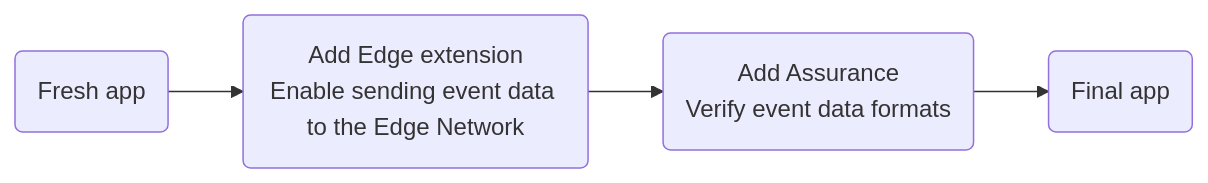
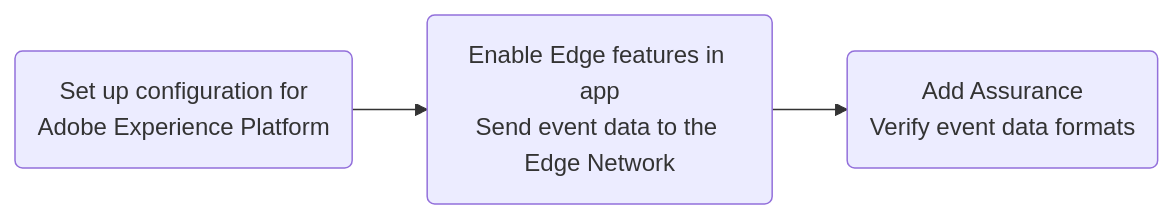
One commit to adobe/aepsdk-edge-ios changed the diagram in Documentation/Tutorials/edge-send-event-tutorial.md. Above: the diagram before and after it, drawn with Mermaid. The commit also changed other lines of this file and 8 other files, not shown here.

````diff
--- a/Documentation/Tutorials/edge-send-event-tutorial.md
+++ b/Documentation/Tutorials/edge-send-event-tutorial.md
@@ -29,7 +29,6 @@
 ```mermaid
 graph LR;
-    step1(Fresh app) --> 
-    step2(Add Edge extension<br/>Enable sending event data to the Edge Network) --> 
-    step3(Add Assurance<br/>Verify event data formats) --> 
-    step5(Final app);
+    step1(Set up configuration for<br/>Adobe Experience Platform) --> 
+    step2(Enable Edge features in app<br/>Send event data to the Edge Network) --> 
+    step3(Add Assurance<br/>Verify event data formats)
 ```
````
